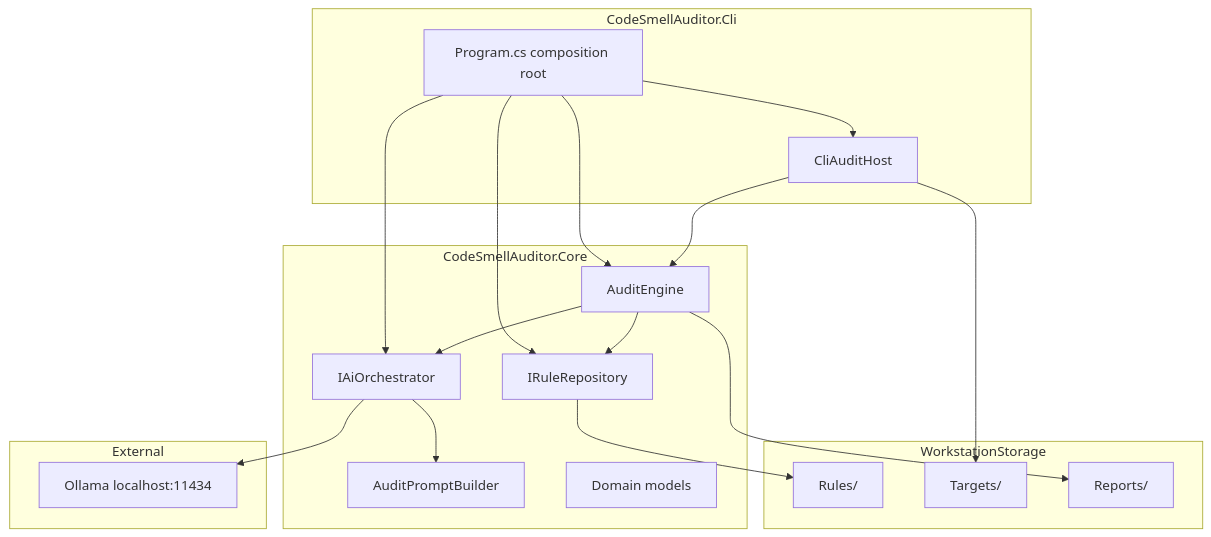
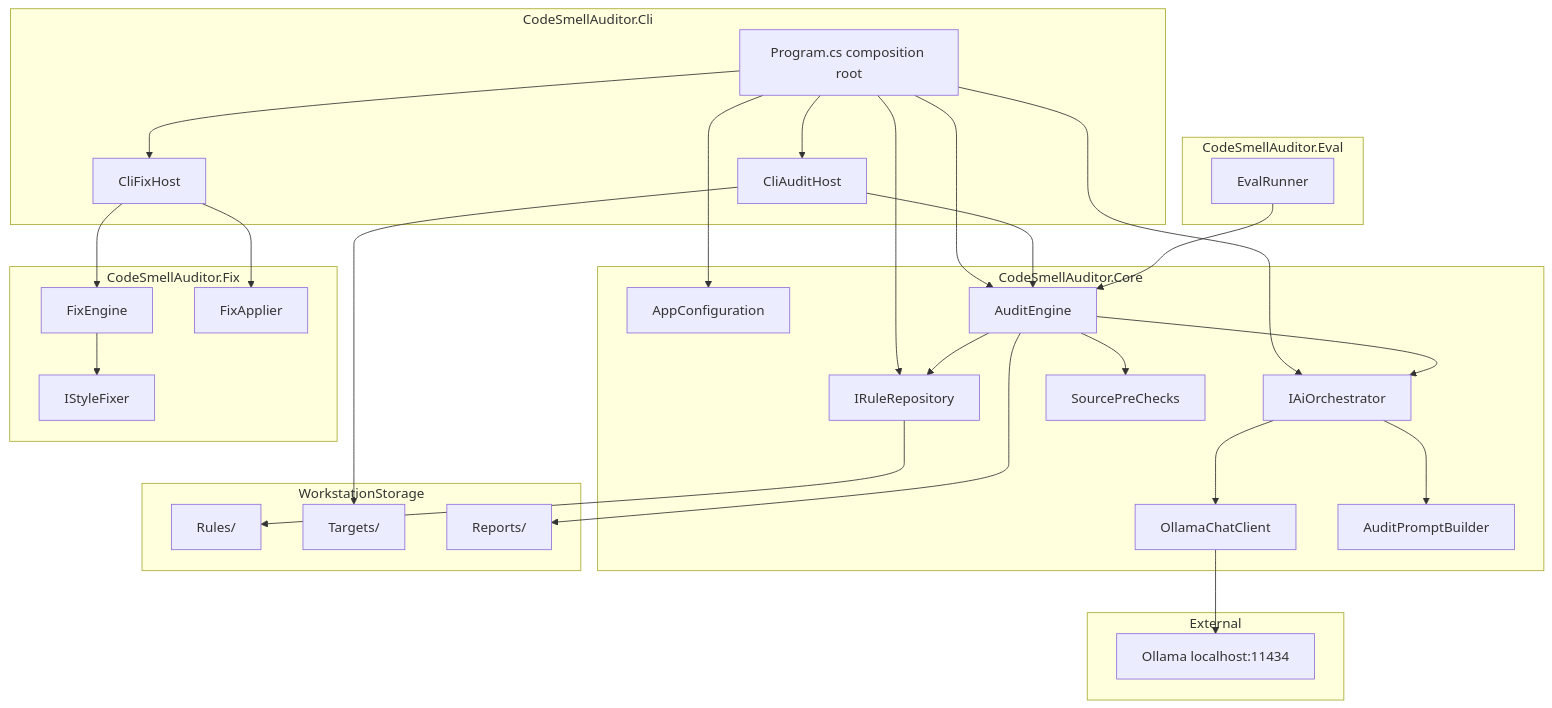
One commit to TimoKuronen/CodeSmellAuditor changed the diagram in docs/architecture.md. Above: the diagram before and after it, drawn with Mermaid. The commit also changed other lines of this file and 27 other files, not shown here.

First line of the commit message:
Add shared configuration and Ollama client, refresh docs

````diff
--- a/docs/architecture.md
+++ b/docs/architecture.md
@@ -7,38 +7,59 @@
 ```mermaid
 flowchart TB
     subgraph cli [CodeSmellAuditor.Cli]
         Program[Program.cs composition root]
         Host[CliAuditHost]
+        FixHost[CliFixHost]
     end
 
     subgraph core [CodeSmellAuditor.Core]
+        Config[AppConfiguration]
         Engine[AuditEngine]
         Rules[IRuleRepository]
         AI[IAiOrchestrator]
+        Chat[OllamaChatClient]
         PromptBuilder[AuditPromptBuilder]
-        Models[Domain models]
+        PreChecks[SourcePreChecks]
+    end
+
+    subgraph fix [CodeSmellAuditor.Fix]
+        FixEngine[FixEngine]
+        Fixers[IStyleFixer]
+        Applier[FixApplier]
+    end
+
+    subgraph eval [CodeSmellAuditor.Eval]
+        Runner[EvalRunner]
     end
 
     subgraph storage [WorkstationStorage]
         RulesFolder[Rules/]
         TargetsFolder[Targets/]
         ReportsFolder[Reports/]
     end
 
     subgraph external [External]
         Ollama[Ollama localhost:11434]
     end
 
     Program --> Host
     Program --> Engine
     Program --> Rules
     Program --> AI
+    Program --> Config
+    Program --> FixHost
     Host --> Engine
     Engine --> Rules
     Engine --> AI
+    Engine --> PreChecks
     AI --> PromptBuilder
+    AI --> Chat
+    FixHost --> FixEngine
+    FixHost --> Applier
+    FixEngine --> Fixers
+    Runner --> Engine
     Rules --> RulesFolder
     Host --> TargetsFolder
     Engine --> ReportsFolder
-    AI --> Ollama
+    Chat --> Ollama
 ```
````
